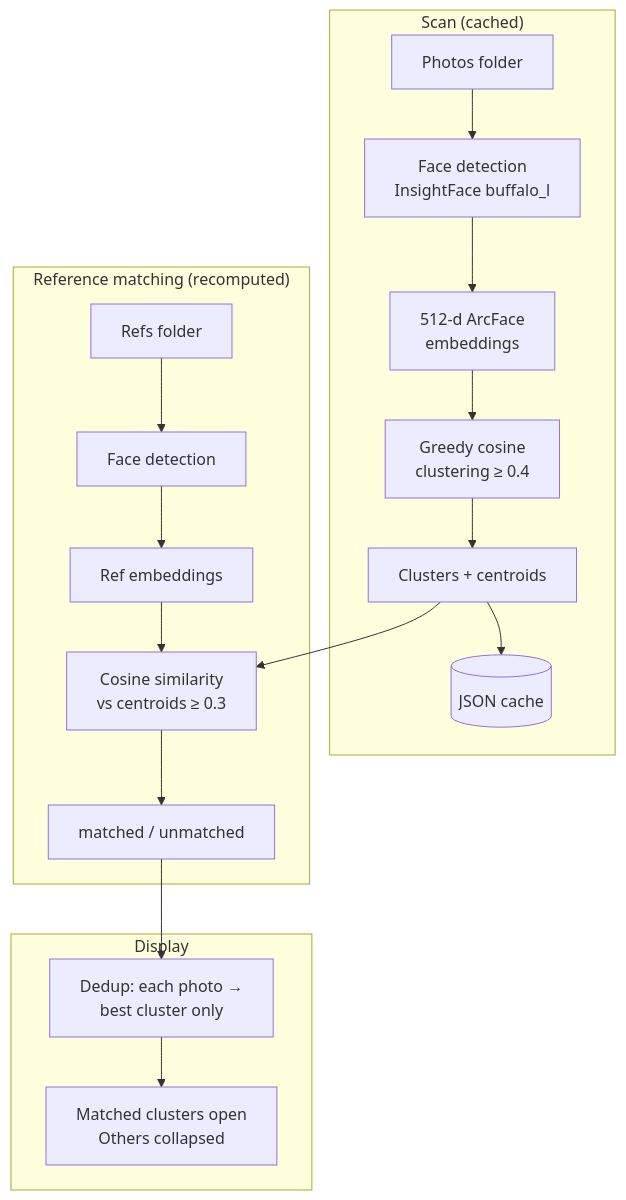
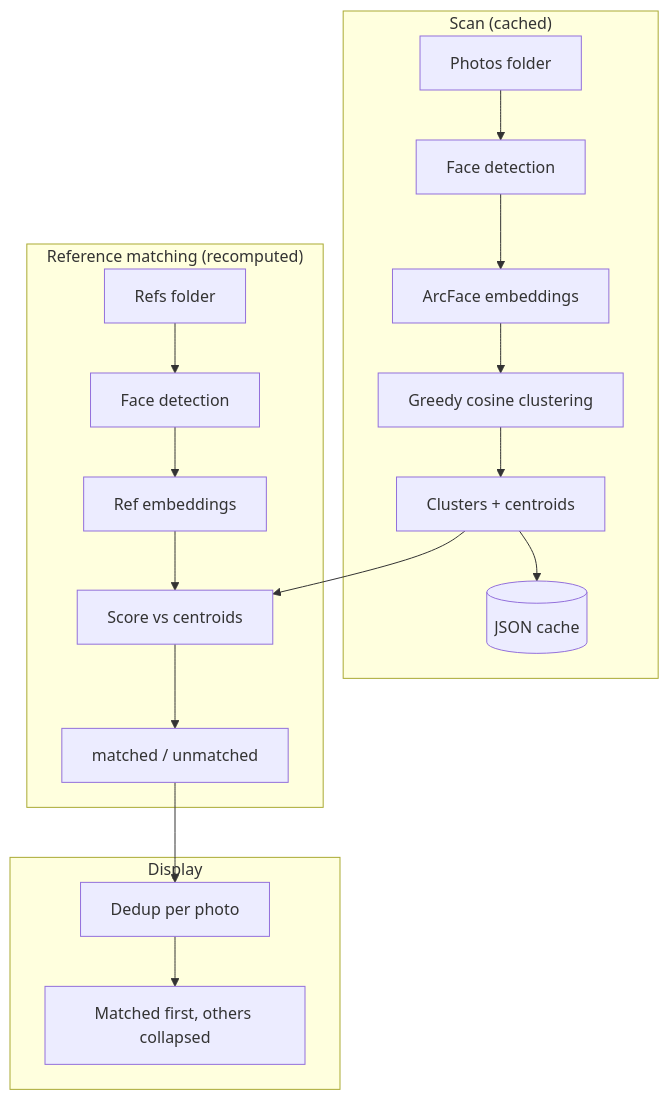
The diagram in README.md (aryelu/find-person), drawn with Mermaid before and after one commit.

Commit message:
Fix mermaid diagram node labels

````diff
--- a/README.md
+++ b/README.md
@@ -43,23 +43,23 @@
 ```mermaid
 flowchart TD
     subgraph scan ["Scan (cached)"]
-        A[Photos folder] --> B[Face detection\nInsightFace buffalo_l]
-        B --> C[512-d ArcFace\nembeddings]
-        C --> D[Greedy cosine\nclustering ≥ 0.4]
+        A[Photos folder] --> B[Face detection]
+        B --> C[ArcFace embeddings]
+        C --> D[Greedy cosine clustering]
         D --> E[Clusters + centroids]
         E --> F[(JSON cache)]
     end
 
     subgraph refs ["Reference matching (recomputed)"]
         G[Refs folder] --> H[Face detection]
         H --> I[Ref embeddings]
-        I --> J[Cosine similarity\nvs centroids ≥ 0.3]
+        I --> J[Score vs centroids]
         E --> J
         J --> K[matched / unmatched]
     end
 
     subgraph display ["Display"]
-        K --> L[Dedup: each photo → \nbest cluster only]
-        L --> M[Matched clusters open\nOthers collapsed]
+        K --> L[Dedup per photo]
+        L --> M[Matched first, others collapsed]
     end
 ```
````
